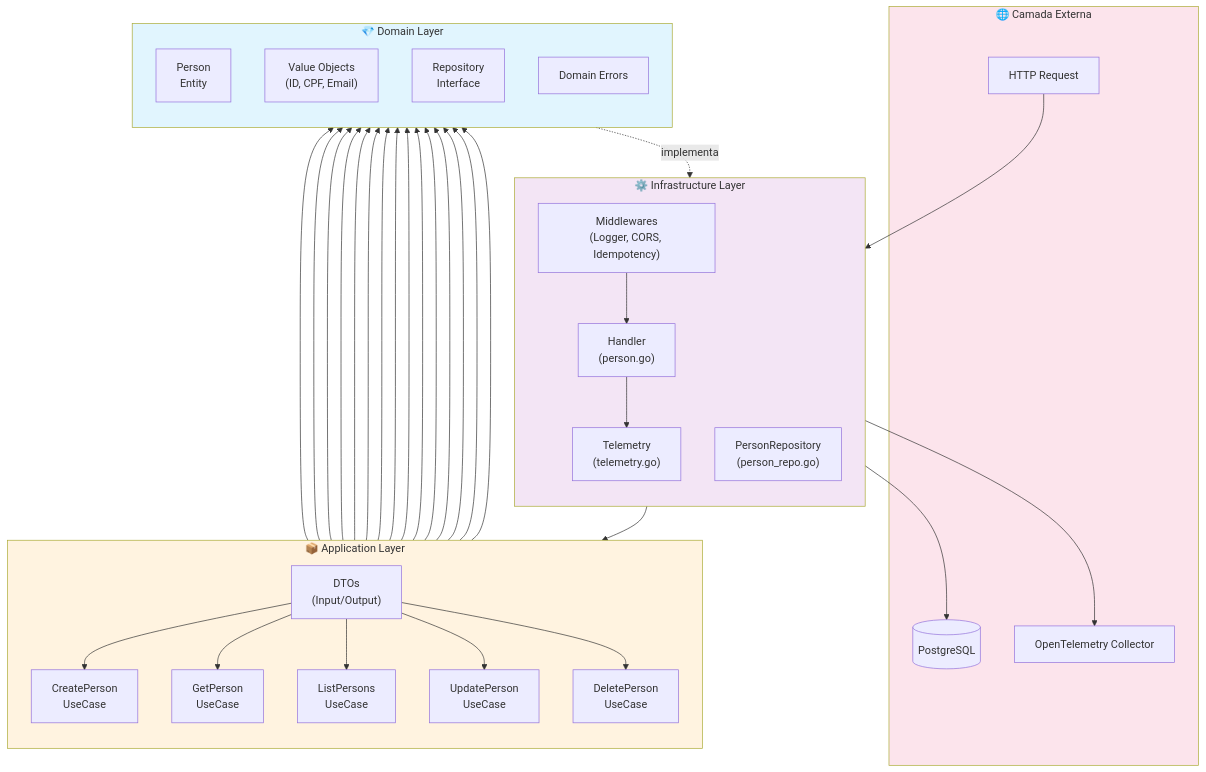
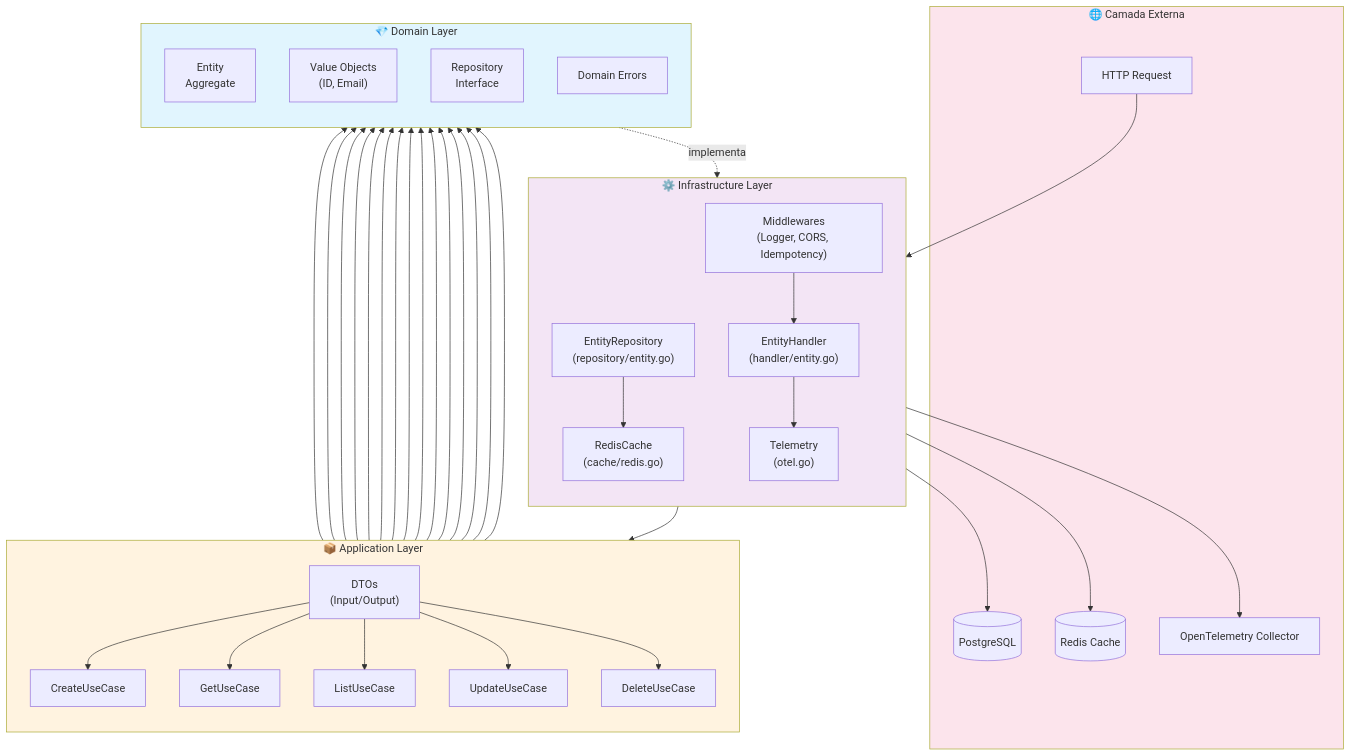
Before and after one commit to jrmarcello/gopherplate: the second of 8 diagrams in docs/app/architecture.md, drawn with Mermaid. The commit also changed other lines of this file, not shown here.

Commit message:
docs: update architecture diagram and description for entity domain

````diff
--- a/docs/app/architecture.md
+++ b/docs/app/architecture.md
@@ -63,54 +62,59 @@
 ```mermaid
 flowchart TB
     subgraph External["🌐 Camada Externa"]
         HTTP["HTTP Request"]
         DB[("PostgreSQL")]
+        Redis[("Redis Cache")]
         OTEL["OpenTelemetry Collector"]
     end
 
     subgraph Infrastructure["⚙️ Infrastructure Layer"]
         direction TB
-        Handler["Handler\n(person.go)"]
+        Handler["EntityHandler\n(handler/entity.go)"]
         Middlewares["Middlewares\n(Logger, CORS, Idempotency)"]
-        RepoImpl["PersonRepository\n(person_repo.go)"]
-        Telemetry["Telemetry\n(telemetry.go)"]
+        RepoImpl["EntityRepository\n(repository/entity.go)"]
+        CacheImpl["RedisCache\n(cache/redis.go)"]
+        Telemetry["Telemetry\n(otel.go)"]
     end
 
     subgraph Application["📦 Application Layer"]
         direction TB
-        CreateUC["CreatePerson\nUseCase"]
-        GetUC["GetPerson\nUseCase"]
-        ListUC["ListPersons\nUseCase"]
-        UpdateUC["UpdatePerson\nUseCase"]
-        DeleteUC["DeletePerson\nUseCase"]
+        CreateUC["CreateUseCase"]
+        GetUC["GetUseCase"]
+        ListUC["ListUseCase"]
+        UpdateUC["UpdateUseCase"]
+        DeleteUC["DeleteUseCase"]
         DTOs["DTOs\n(Input/Output)"]
     end
 
     subgraph Domain["💎 Domain Layer"]
         direction TB
-        Entity["Person\nEntity"]
-        VOs["Value Objects\n(ID, CPF, Email)"]
+        Entity["Entity\nAggregate"]
+        VOs["Value Objects\n(ID, Email)"]
         RepoInterface["Repository\nInterface"]
         Errors["Domain Errors"]
     end
 
     HTTP --> Middlewares
     Middlewares --> Handler
     Handler --> DTOs
     DTOs --> CreateUC & GetUC & ListUC & UpdateUC & DeleteUC
     
     CreateUC & GetUC & ListUC & UpdateUC & DeleteUC --> VOs
     CreateUC & GetUC & ListUC & UpdateUC & DeleteUC --> Entity
     CreateUC & GetUC & ListUC & UpdateUC & DeleteUC --> RepoInterface
     
     RepoInterface -.->|implementa| RepoImpl
     RepoImpl --> DB
+    RepoImpl --> CacheImpl
+    
+    CacheImpl --> Redis
     
     Handler --> Telemetry
     Telemetry --> OTEL
 
     style Domain fill:#e1f5fe
     style Application fill:#fff3e0
     style Infrastructure fill:#f3e5f5
     style External fill:#fce4ec
 ```
````
